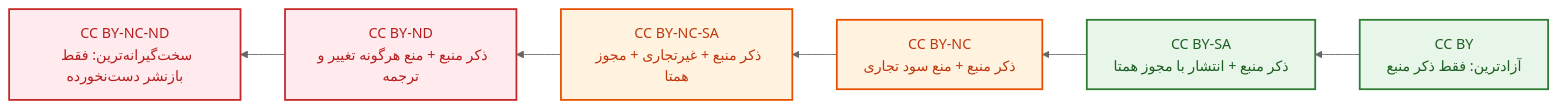
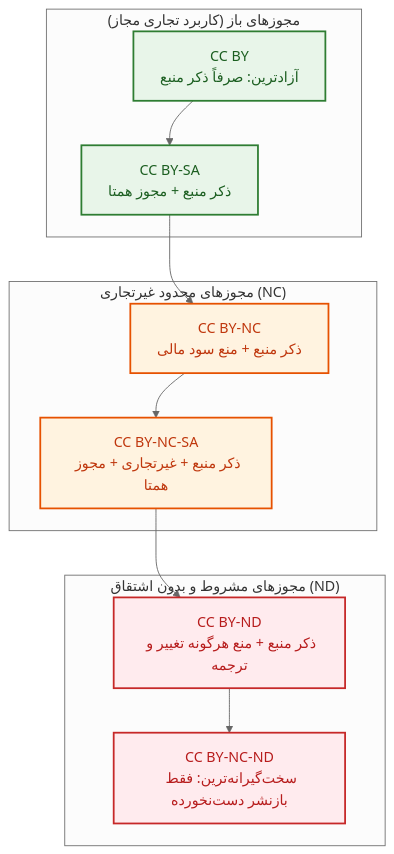
The seventh of 26 diagrams in 05/تکنولوژی و اطلاع‌رسانی/جزوه‌محور - خلاصه.md (neopulse-hub/-TUMS-1402-2-material-notes-), drawn with Mermaid (neutral theme) before and after one commit. The commit also changed other lines of this file, not shown here.

````diff
--- a/05/تکنولوژی و اطلاع‌رسانی/جزوه‌محور - خلاصه.md
+++ b/05/تکنولوژی و اطلاع‌رسانی/جزوه‌محور - خلاصه.md
@@ -136,13 +208,33 @@
 ```mermaid
-flowchart RL
-    classDef l1 fill:#e8f5e9,stroke:#2e7d32,stroke-width:2px,color:#1b5e20;
-    classDef l2 fill:#fff3e0,stroke:#e65100,stroke-width:2px,color:#bf360c;
-    classDef l3 fill:#ffebee,stroke:#c62828,stroke-width:2px,color:#b71c1c;
+flowchart TD
 
-    L1["CC BY<br>آزادترین: فقط ذکر منبع"]:::l1
-    --> L2["CC BY-SA<br>ذکر منبع + انتشار با مجوز همتا"]:::l1
-    --> L3["CC BY-NC<br>ذکر منبع + منع سود تجاری"]:::l2
-    --> L4["CC BY-NC-SA<br>ذکر منبع + غیرتجاری + مجوز همتا"]:::l2
-    --> L5["CC BY-ND<br>ذکر منبع + منع هرگونه تغییر و ترجمه"]:::l3
-    --> L6["CC BY-NC-ND<br>سخت‌گیرانه‌ترین: فقط بازنشر دست‌نخورده"]:::l3
+classDef l1 fill:#e8f5e9,stroke:#2e7d32,stroke-width:2px,color:#1b5e20;
+classDef l2 fill:#fff3e0,stroke:#e65100,stroke-width:2px,color:#bf360c;
+classDef l3 fill:#ffebee,stroke:#c62828,stroke-width:2px,color:#b71c1c;
+
+subgraph Free ["مجوزهای باز (کاربرد تجاری مجاز)"]
+    L1["CC BY<br>آزادترین: صرفاً ذکر منبع"]:::l1
+    L2["CC BY-SA<br>ذکر منبع + مجوز همتا"]:::l1
+    L1 --> L2
+end
+
+subgraph NonCommercial ["مجوزهای محدود غیرتجاری (NC)"]
+    L3["CC BY-NC<br>ذکر منبع + منع سود مالی"]:::l2
+    L4["CC BY-NC-SA<br>ذکر منبع + غیرتجاری + مجوز همتا"]:::l2
+    L3 --> L4
+end
+
+subgraph Restrictive ["مجوزهای مشروط و بدون اشتقاق (ND)"]
+    L5["CC BY-ND<br>ذکر منبع + منع هرگونه تغییر و ترجمه"]:::l3
+    L6["CC BY-NC-ND<br>سخت‌گیرانه‌ترین: فقط بازنشر دست‌نخورده"]:::l3
+    L5 --> L6
+end
+
+%% شکستن عمودی ساب‌گراف‌ها به ردیف‌های زیر هم
+Free ~~~ NonCommercial
+NonCommercial ~~~ Restrictive
+
+%% اتصال ترتیبی از انتهای هر باکس به ابتدای باکس پایین
+L2 --> L3
+L4 --> L5
 ```
````
